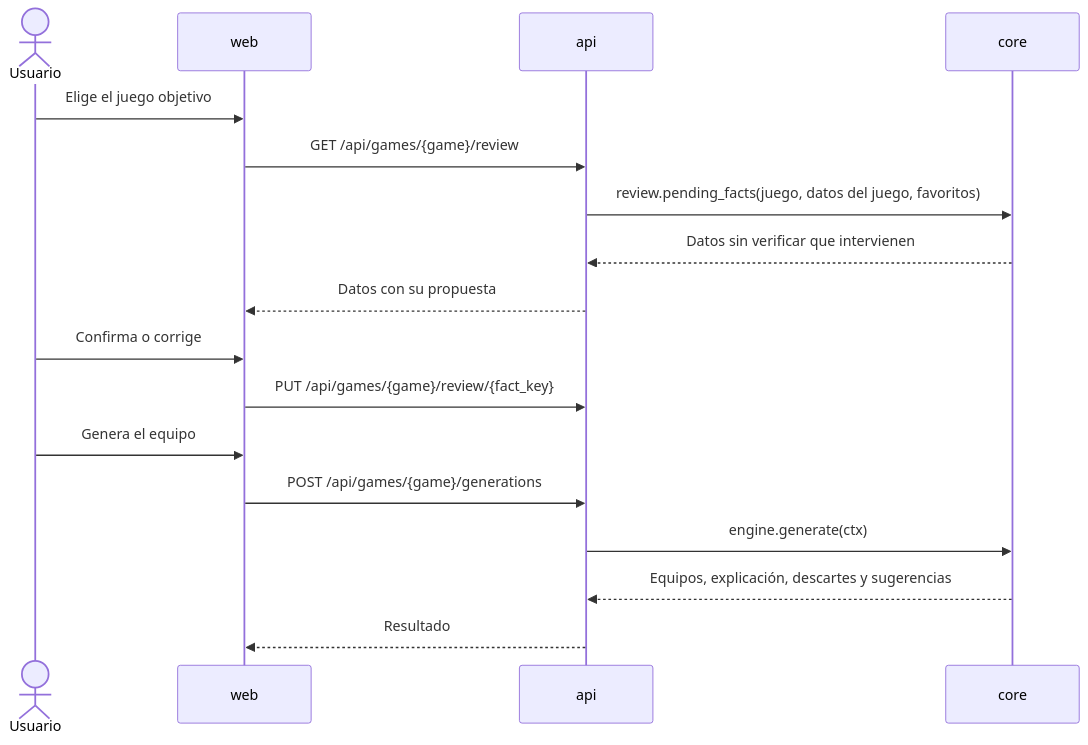
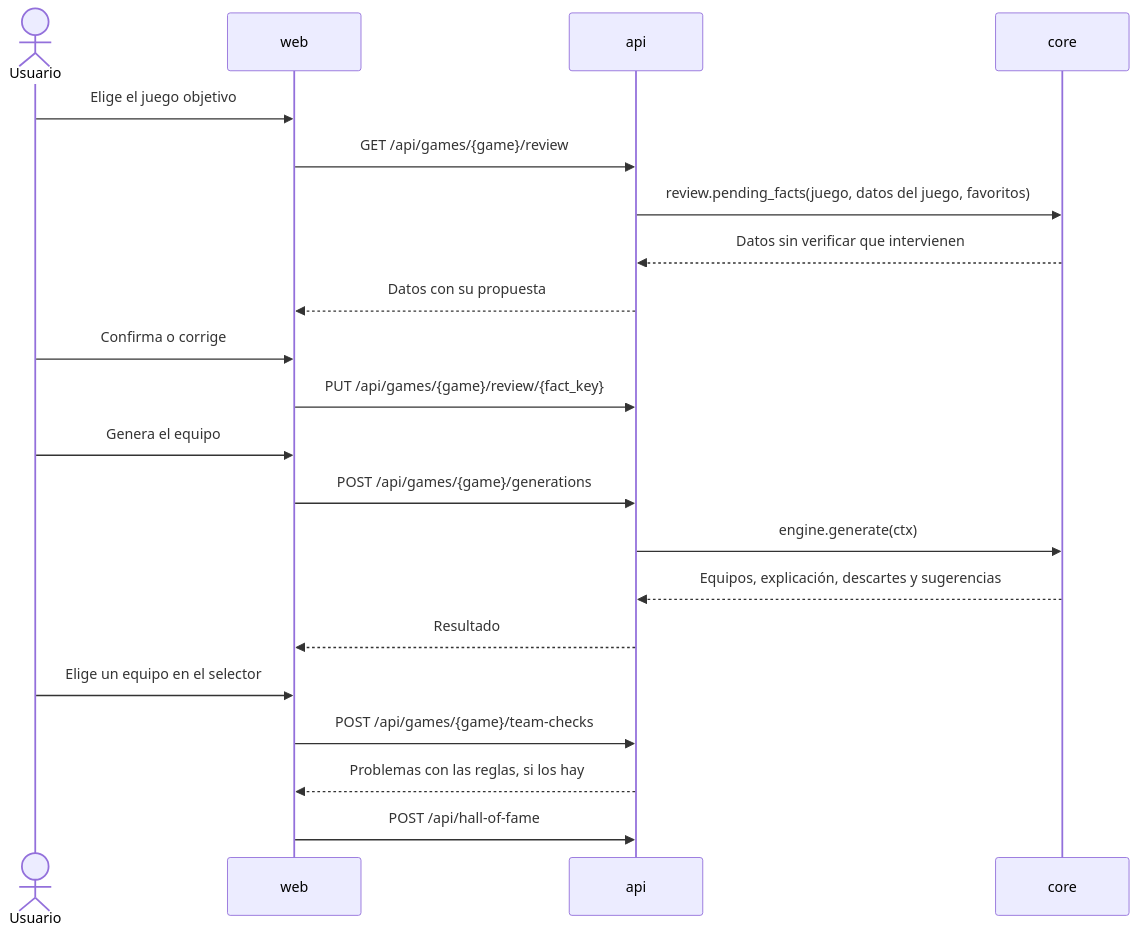
The fourth of 4 diagrams in docs/02-ddt/arquitectura.md (AlbertoMercado/pokemon-team-builder), drawn with Mermaid before and after one commit. The commit also changed other lines of this file and 7 other files, not shown here.

````diff
--- a/docs/02-ddt/arquitectura.md
+++ b/docs/02-ddt/arquitectura.md
@@ -165,19 +168,23 @@
 ```mermaid
 sequenceDiagram
     actor U as Usuario
     participant W as web
     participant A as api
     participant C as core
     U->>W: Elige el juego objetivo
     W->>A: GET /api/games/{game}/review
     A->>C: review.pending_facts(juego, datos del juego, favoritos)
     C-->>A: Datos sin verificar que intervienen
     A-->>W: Datos con su propuesta
     U->>W: Confirma o corrige
     W->>A: PUT /api/games/{game}/review/{fact_key}
     U->>W: Genera el equipo
     W->>A: POST /api/games/{game}/generations
     A->>C: engine.generate(ctx)
     C-->>A: Equipos, explicación, descartes y sugerencias
     A-->>W: Resultado
+    U->>W: Elige un equipo en el selector
+    W->>A: POST /api/games/{game}/team-checks
+    A-->>W: Problemas con las reglas, si los hay
+    W->>A: POST /api/hall-of-fame
 ```
````
